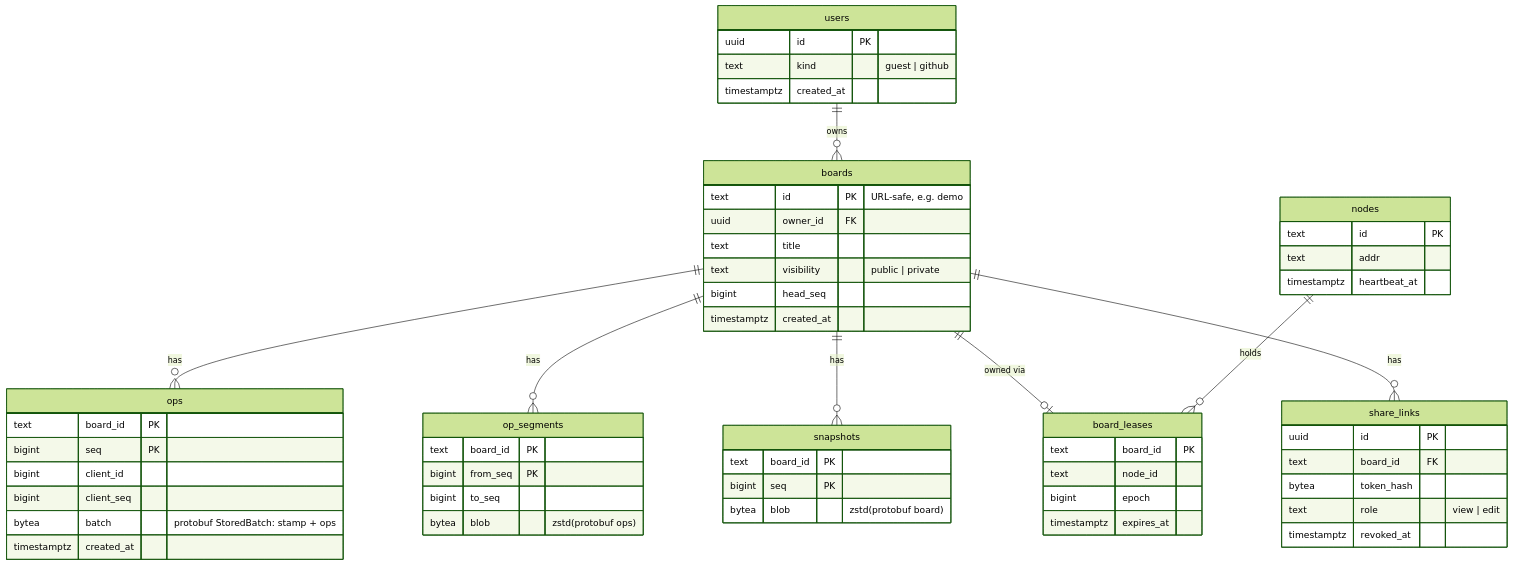
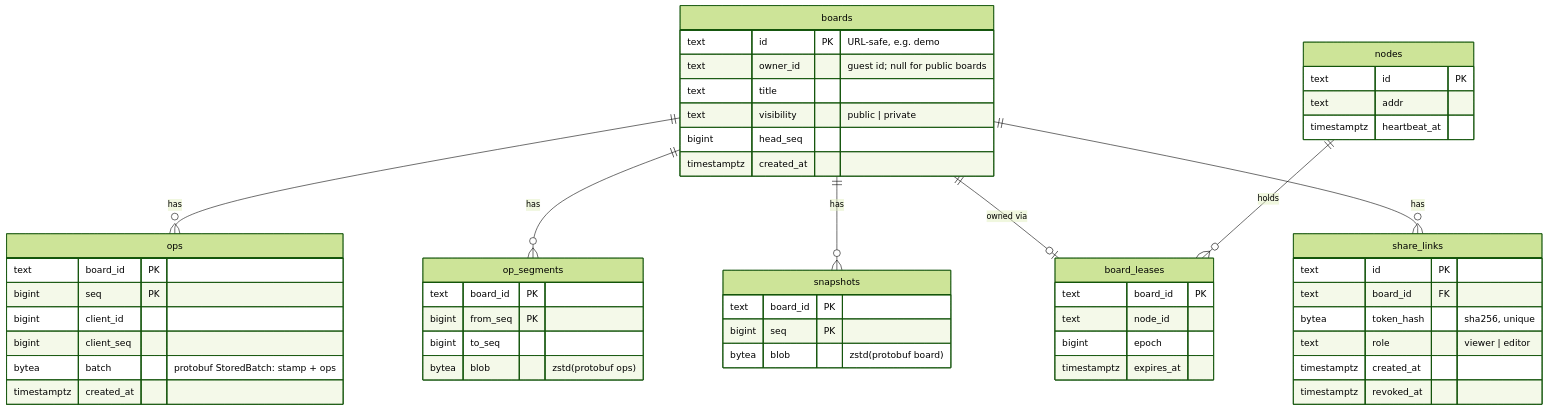
One commit to marwan-eid/whiteboard changed the second of 5 diagrams in docs/ARCHITECTURE.md. Above: the diagram before and after it, drawn with Mermaid (forest theme). The commit also changed other lines of this file and 16 other files, not shown here.

First line of the commit message:
Guest identity, share links and view-only mode in the web client (W6)

````diff
--- a/docs/ARCHITECTURE.md
+++ b/docs/ARCHITECTURE.md
@@ -81,61 +81,56 @@
 ```mermaid
 erDiagram
   boards ||--o{ ops : has
   boards ||--o{ op_segments : has
   boards ||--o{ snapshots : has
   boards ||--o| board_leases : "owned via"
   boards ||--o{ share_links : has
-  users ||--o{ boards : owns
   nodes ||--o{ board_leases : holds
 
   boards {
     text id PK "URL-safe, e.g. demo"
-    uuid owner_id FK
+    text owner_id "guest id; null for public boards"
     text title
     text visibility "public | private"
     bigint head_seq
     timestamptz created_at
   }
   ops {
     text board_id PK
     bigint seq PK
     bigint client_id
     bigint client_seq
     bytea batch "protobuf StoredBatch: stamp + ops"
     timestamptz created_at
   }
   op_segments {
     text board_id PK
     bigint from_seq PK
     bigint to_seq
     bytea blob "zstd(protobuf ops)"
   }
   snapshots {
     text board_id PK
     bigint seq PK
     bytea blob "zstd(protobuf board)"
   }
   board_leases {
     text board_id PK
     text node_id
     bigint epoch
     timestamptz expires_at
   }
   nodes {
     text id PK
     text addr
     timestamptz heartbeat_at
   }
   share_links {
-    uuid id PK
+    text id PK
     text board_id FK
-    bytea token_hash
-    text role "view | edit"
+    bytea token_hash "sha256, unique"
+    text role "viewer | editor"
+    timestamptz created_at
     timestamptz revoked_at
   }
-  users {
-    uuid id PK
-    text kind "guest | github"
-    timestamptz created_at
-  }
 ```
````
